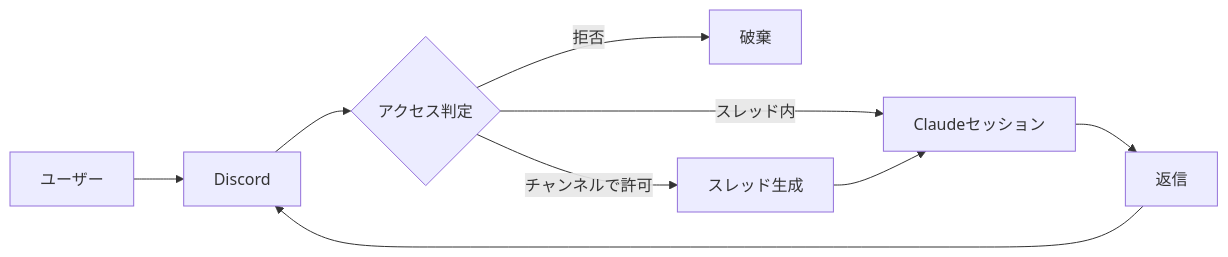
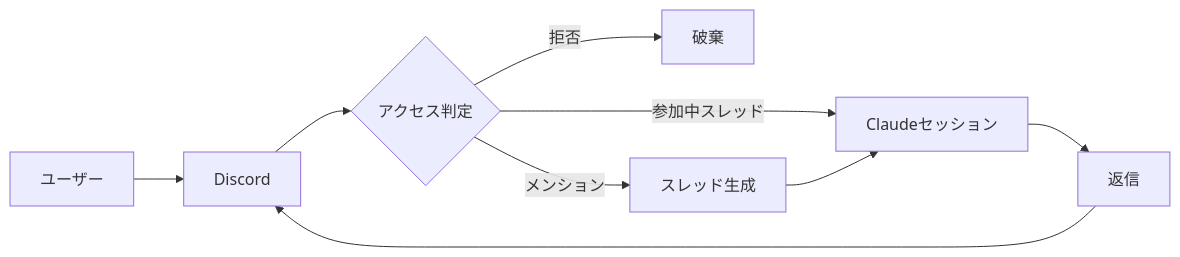
The diagram in README.md (yjn279/jarvis), drawn with Mermaid before and after one commit. The commit also changed other lines of this file and 2 other files, not shown here.

````diff
--- a/README.md
+++ b/README.md
@@ -11,11 +11,11 @@
 ```mermaid
 flowchart LR
   user[ユーザー] --> discord[Discord]
   discord --> gate{アクセス判定}
   gate -->|拒否| drop[破棄]
-  gate -->|チャンネルで許可| thread[スレッド生成]
-  gate -->|スレッド内| claude[Claudeセッション]
+  gate -->|メンション| thread[スレッド生成]
+  gate -->|参加中スレッド| claude[Claudeセッション]
   thread --> claude
   claude --> reply[返信]
   reply --> discord
 ```
````
